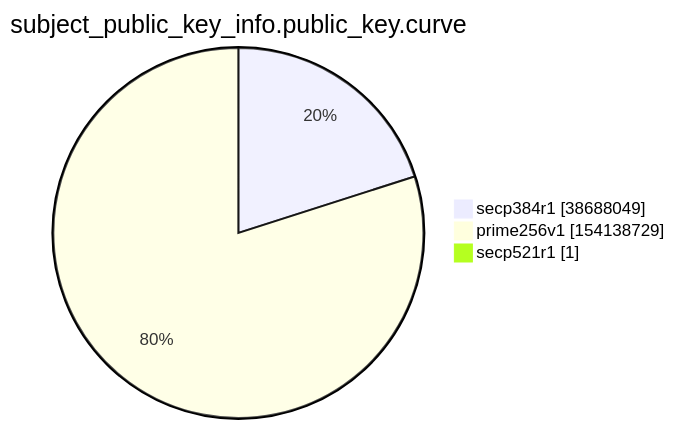
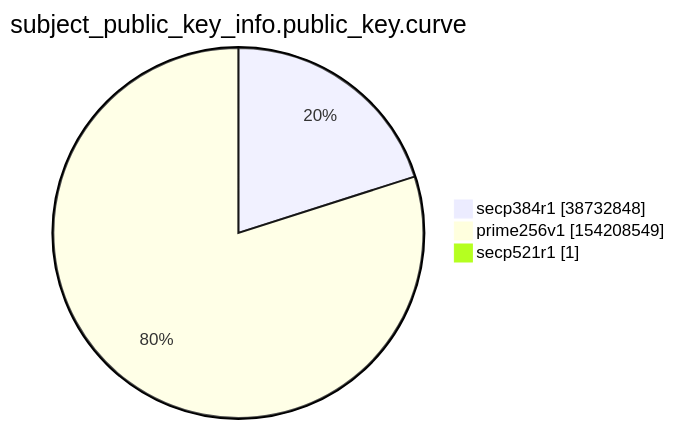
The ninth of 15 diagrams in xenon2022/README.md (christiankrug/ctmonitor_visualization), drawn with Mermaid before and after one commit. The commit also changed other lines of this file, not shown here.

````diff
--- a/xenon2022/README.md
+++ b/xenon2022/README.md
@@ -2863,7 +2863,7 @@
 ```mermaid
 pie showData
 title subject_public_key_info.public_key.curve
-"secp384r1" :38688049
-"prime256v1" :154138729
+"secp384r1" :38732848
+"prime256v1" :154208549
 "secp521r1" :1
 ```
````
